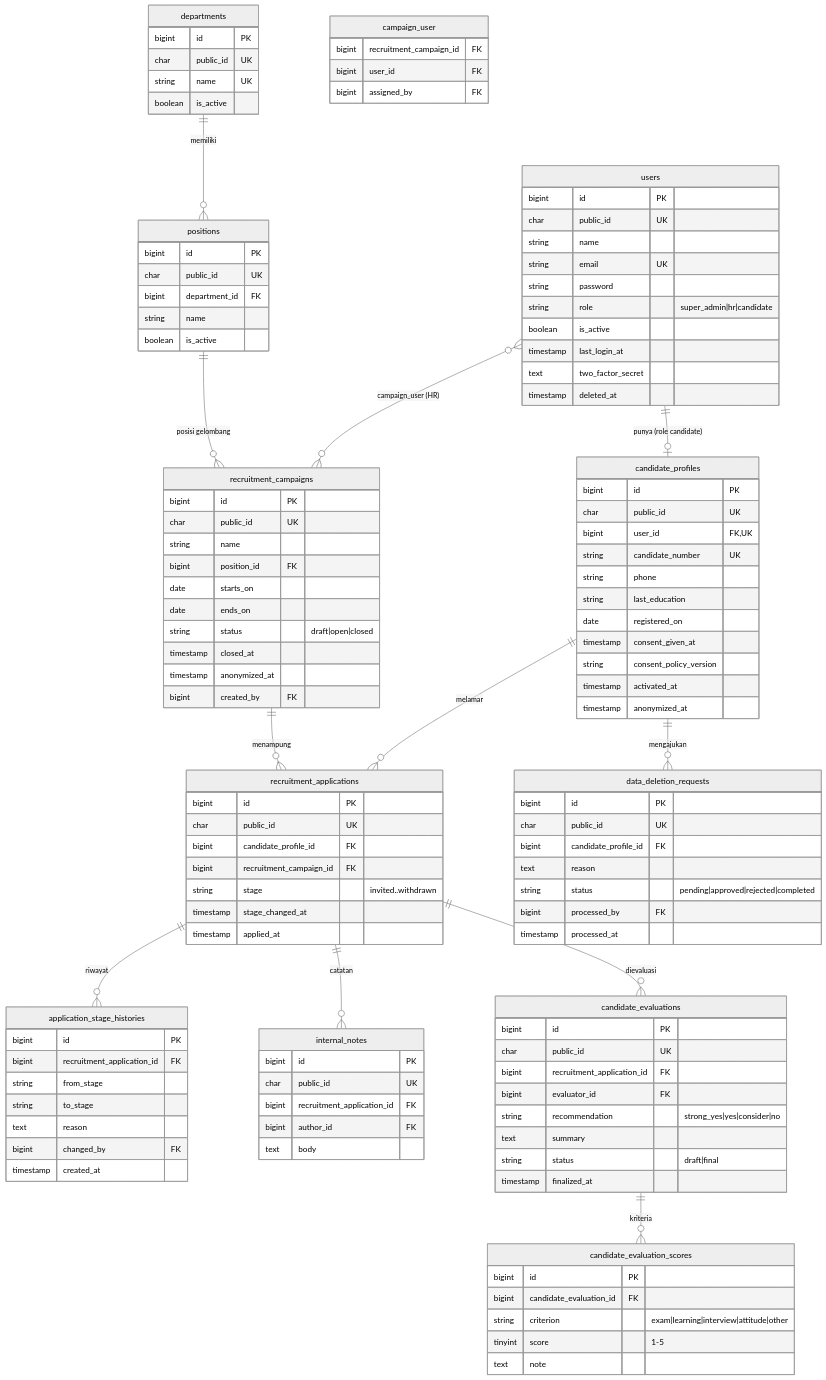
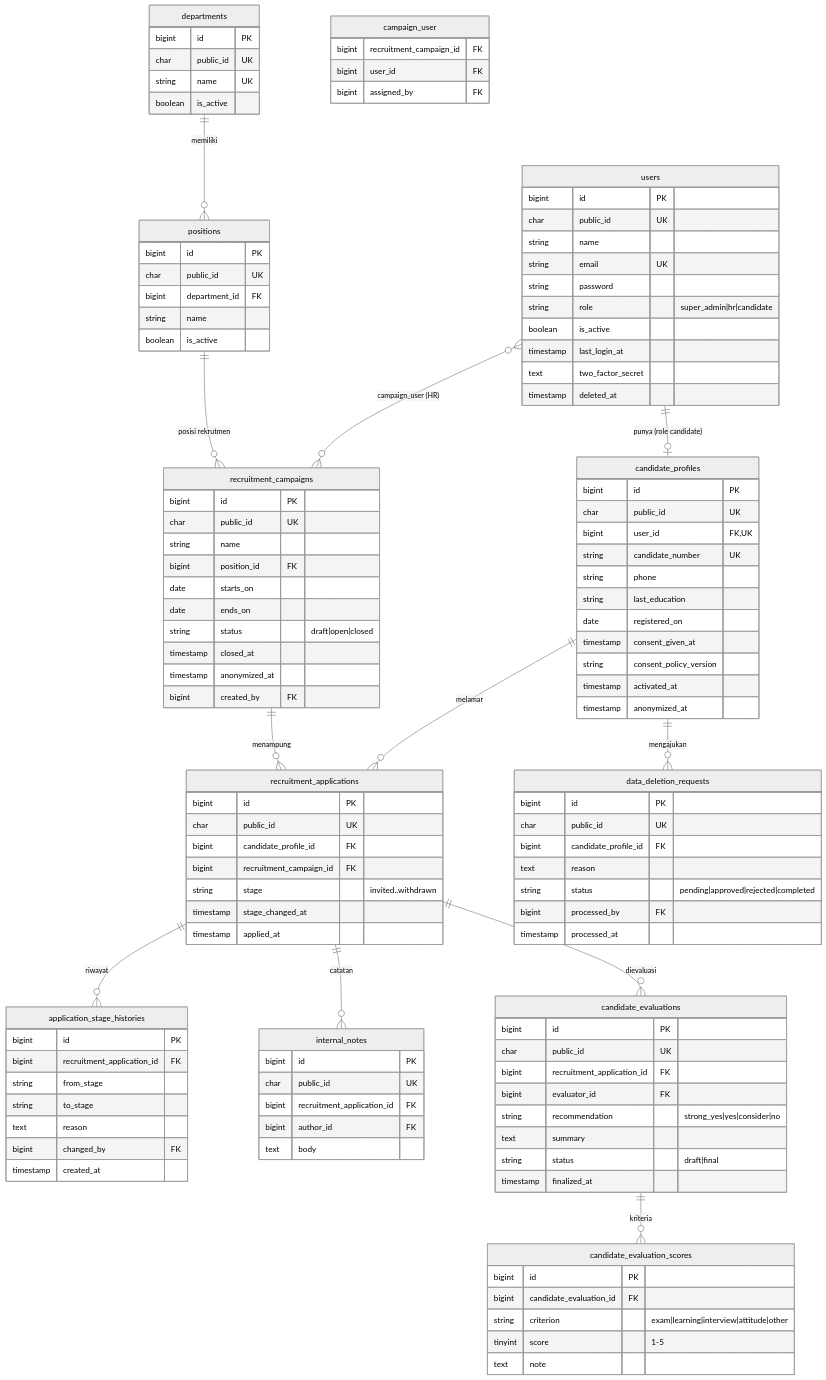
The second of 11 diagrams in docs/tahap-1.md (ilham0108/learning-apps), drawn with Mermaid (neutral theme) before and after one commit. The commit also changed other lines of this file and 161 other files, not shown here.

```diff
--- a/docs/tahap-1.md
+++ b/docs/tahap-1.md
@@ -240,7 +240,7 @@
     users ||--o| candidate_profiles : "punya (role candidate)"
     users }o--o{ recruitment_campaigns : "campaign_user (HR)"
     departments ||--o{ positions : memiliki
-    positions ||--o{ recruitment_campaigns : "posisi gelombang"
+    positions ||--o{ recruitment_campaigns : "posisi rekrutmen"
     candidate_profiles ||--o{ recruitment_applications : melamar
     recruitment_campaigns ||--o{ recruitment_applications : menampung
     recruitment_applications ||--o{ application_stage_histories : riwayat
```
